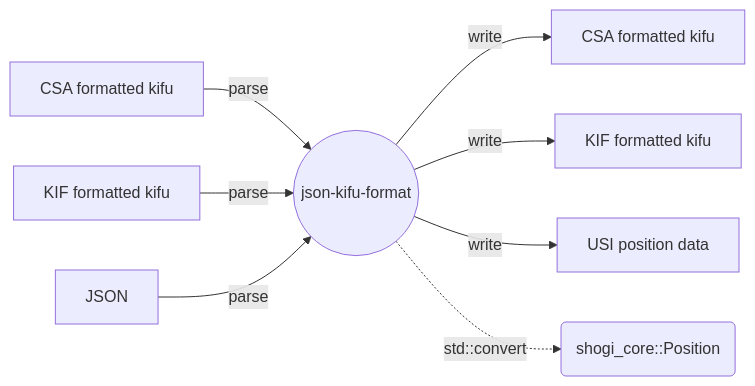
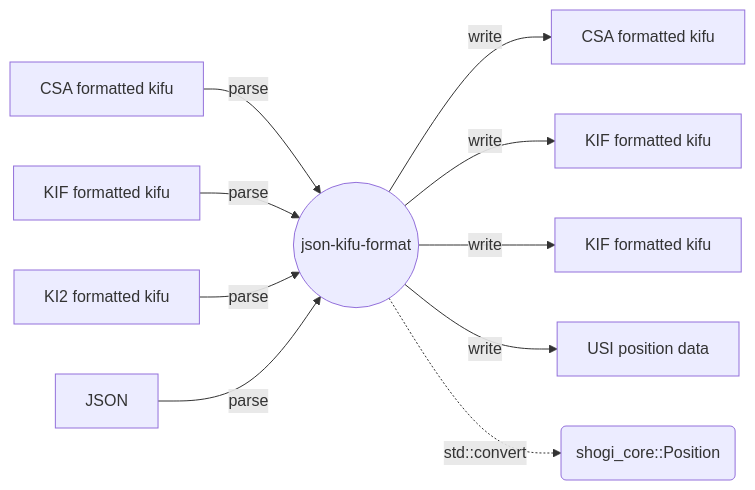
One commit to sugyan/shogi-kifu-converter changed the diagram in README.md. Above: the diagram before and after it, drawn with Mermaid. The commit also changed other lines of this file, not shown here.

````diff
--- a/README.md
+++ b/README.md
@@ -10,11 +10,13 @@
 ```mermaid
 graph LR;
     JKF((json-kifu-format))
     CSAin[CSA formatted kifu] -->|parse| JKF;
     KIFin[KIF formatted kifu] -->|parse| JKF;
+    KI2in[KI2 formatted kifu] -->|parse| JKF;
     JSON[JSON] -->|parse| JKF
     JKF -->|write| CSAout[CSA formatted kifu]
     JKF -->|write| KIFout[KIF formatted kifu]
+    JKF -->|write| KI2out[KIF formatted kifu]
     JKF -->|write| USIout[USI position data]
     JKF -.->|std::convert| Core(shogi_core::Position)
 ```
````
